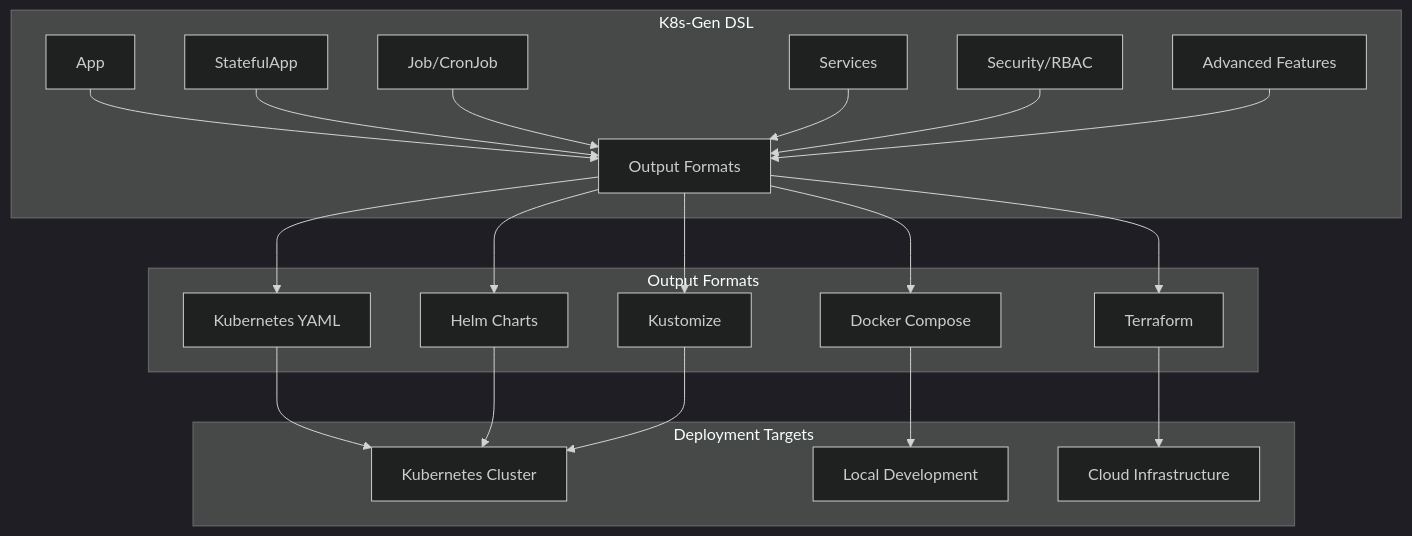
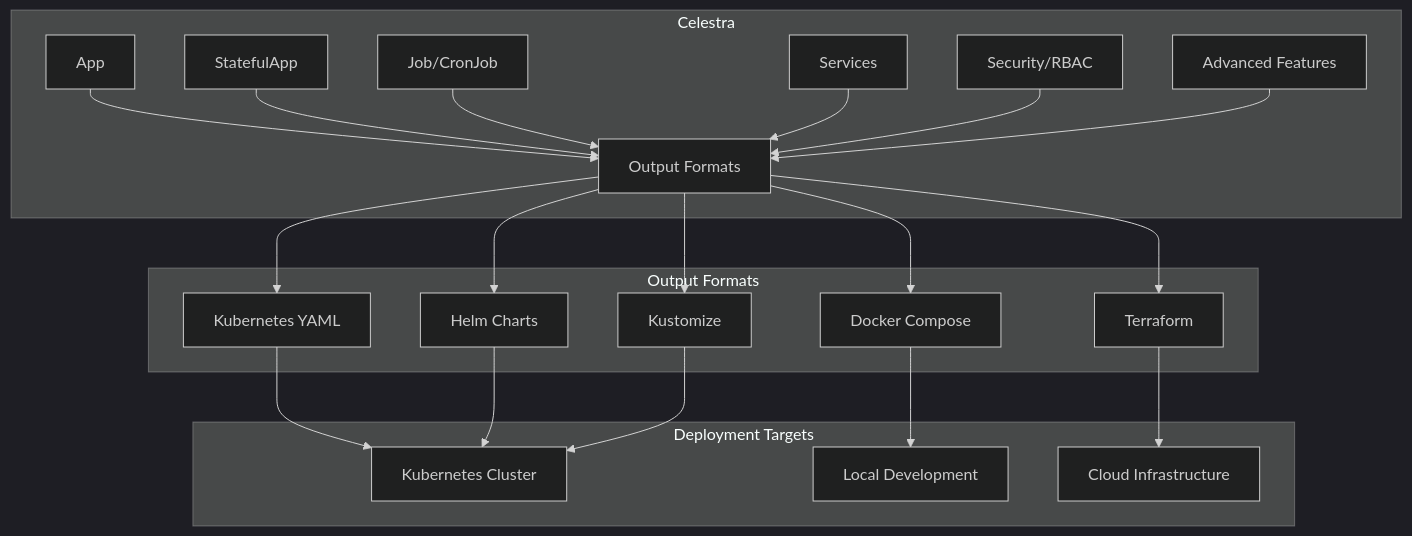
Before and after one commit to sps014/celestra: the diagram in docs/index.md, drawn with Mermaid (dark theme). The commit also changed other lines of this file and 156 other files, not shown here.

````diff
--- a/docs/index.md
+++ b/docs/index.md
@@ -87,27 +87,27 @@
 ```mermaid
 graph TB
-    subgraph "K8s-Gen DSL"
+    subgraph "Celestra"
         A[App] --> O[Output Formats]
         B[StatefulApp] --> O
         C[Job/CronJob] --> O
         D[Services] --> O
         E[Security/RBAC] --> O
         F[Advanced Features] --> O
     end
     
     subgraph "Output Formats"
         O --> K[Kubernetes YAML]
         O --> H[Helm Charts]
         O --> DC[Docker Compose]
         O --> KZ[Kustomize]
         O --> T[Terraform]
     end
     
     subgraph "Deployment Targets"
         K --> K8S[Kubernetes Cluster]
         H --> K8S
         DC --> LOCAL[Local Development]
         KZ --> K8S
         T --> CLOUD[Cloud Infrastructure]
     end
 ```
````
